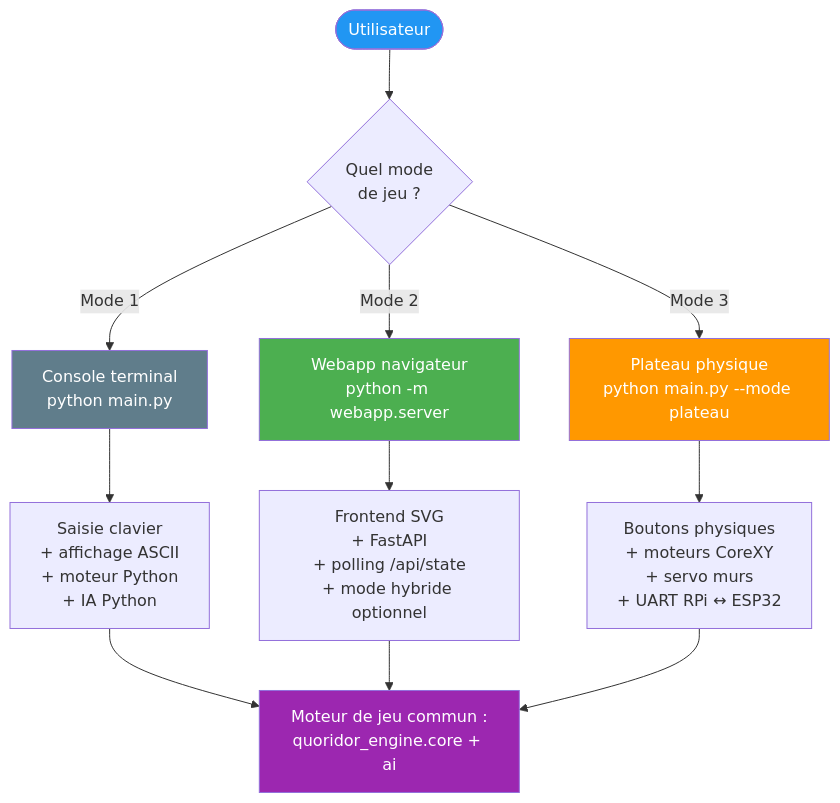
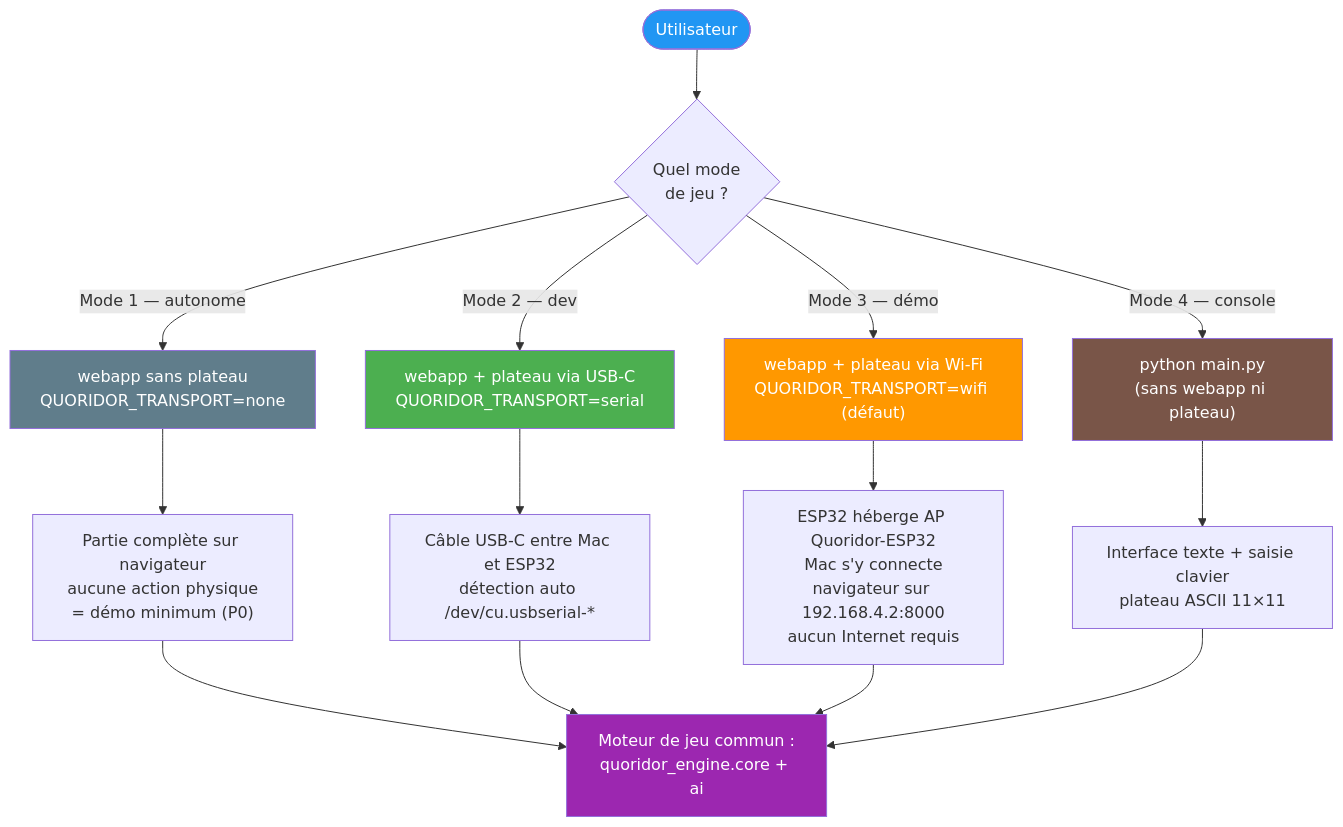
Before and after one commit to Silou1/Projet_mecatronique_I3: the second of 3 diagrams in docs/flowcharts/01_vue_generale.md, drawn with Mermaid. The commit also changed other lines of this file and 20 other files, not shown here.

````diff
--- a/docs/flowcharts/01_vue_generale.md
+++ b/docs/flowcharts/01_vue_generale.md
@@ -75,26 +87,31 @@
 ```mermaid
 flowchart TD
     USER(["Utilisateur"]) --> CHOICE{"Quel mode<br/>de jeu ?"}
 
-    CHOICE -->|"Mode 1"| CONSOLE_MODE["Console terminal<br/>python main.py"]
-    CHOICE -->|"Mode 2"| WEBAPP_MODE["Webapp navigateur<br/>python -m webapp.server"]
-    CHOICE -->|"Mode 3"| PLATEAU_MODE["Plateau physique<br/>python main.py --mode plateau"]
+    CHOICE -->|"Mode 1 — autonome"| AUTO["webapp sans plateau<br/>QUORIDOR_TRANSPORT=none"]
+    CHOICE -->|"Mode 2 — dev"| DEV["webapp + plateau via USB-C<br/>QUORIDOR_TRANSPORT=serial"]
+    CHOICE -->|"Mode 3 — démo"| DEMO["webapp + plateau via Wi-Fi<br/>QUORIDOR_TRANSPORT=wifi (défaut)"]
+    CHOICE -->|"Mode 4 — console"| CONSOLE["python main.py<br/>(sans webapp ni plateau)"]
 
-    CONSOLE_MODE --> CONSOLE_FLOW["Saisie clavier<br/>+ affichage ASCII<br/>+ moteur Python<br/>+ IA Python"]
+    AUTO --> AUTO_FLOW["Partie complète sur navigateur<br/>aucune action physique<br/>= démo minimum (P0)"]
 
-    WEBAPP_MODE --> WEBAPP_FLOW["Frontend SVG<br/>+ FastAPI<br/>+ polling /api/state<br/>+ mode hybride optionnel"]
+    DEV --> DEV_FLOW["Câble USB-C entre Mac et ESP32<br/>détection auto /dev/cu.usbserial-*"]
 
-    PLATEAU_MODE --> PLATEAU_FLOW["Boutons physiques<br/>+ moteurs CoreXY<br/>+ servo murs<br/>+ UART RPi ↔ ESP32"]
+    DEMO --> DEMO_FLOW["ESP32 héberge AP Quoridor-ESP32<br/>Mac s'y connecte<br/>navigateur sur 192.168.4.2:8000<br/>aucun Internet requis"]
 
-    CONSOLE_FLOW --> COMMON
-    WEBAPP_FLOW --> COMMON
-    PLATEAU_FLOW --> COMMON
+    CONSOLE --> CONSOLE_FLOW["Interface texte + saisie clavier<br/>plateau ASCII 11×11"]
 
-    COMMON["Moteur de jeu commun :<br/>quoridor_engine.core + ai"]
+    AUTO_FLOW --> ENGINE
+    DEV_FLOW --> ENGINE
+    DEMO_FLOW --> ENGINE
+    CONSOLE_FLOW --> ENGINE
+
+    ENGINE["Moteur de jeu commun :<br/>quoridor_engine.core + ai"]
 
     style USER fill:#2196F3,color:#fff
-    style COMMON fill:#9C27B0,color:#fff
-    style CONSOLE_MODE fill:#607D8B,color:#fff
-    style WEBAPP_MODE fill:#4CAF50,color:#fff
-    style PLATEAU_MODE fill:#FF9800,color:#fff
+    style ENGINE fill:#9C27B0,color:#fff
+    style AUTO fill:#607D8B,color:#fff
+    style DEV fill:#4CAF50,color:#fff
+    style DEMO fill:#FF9800,color:#fff
+    style CONSOLE fill:#795548,color:#fff
 ```
````
